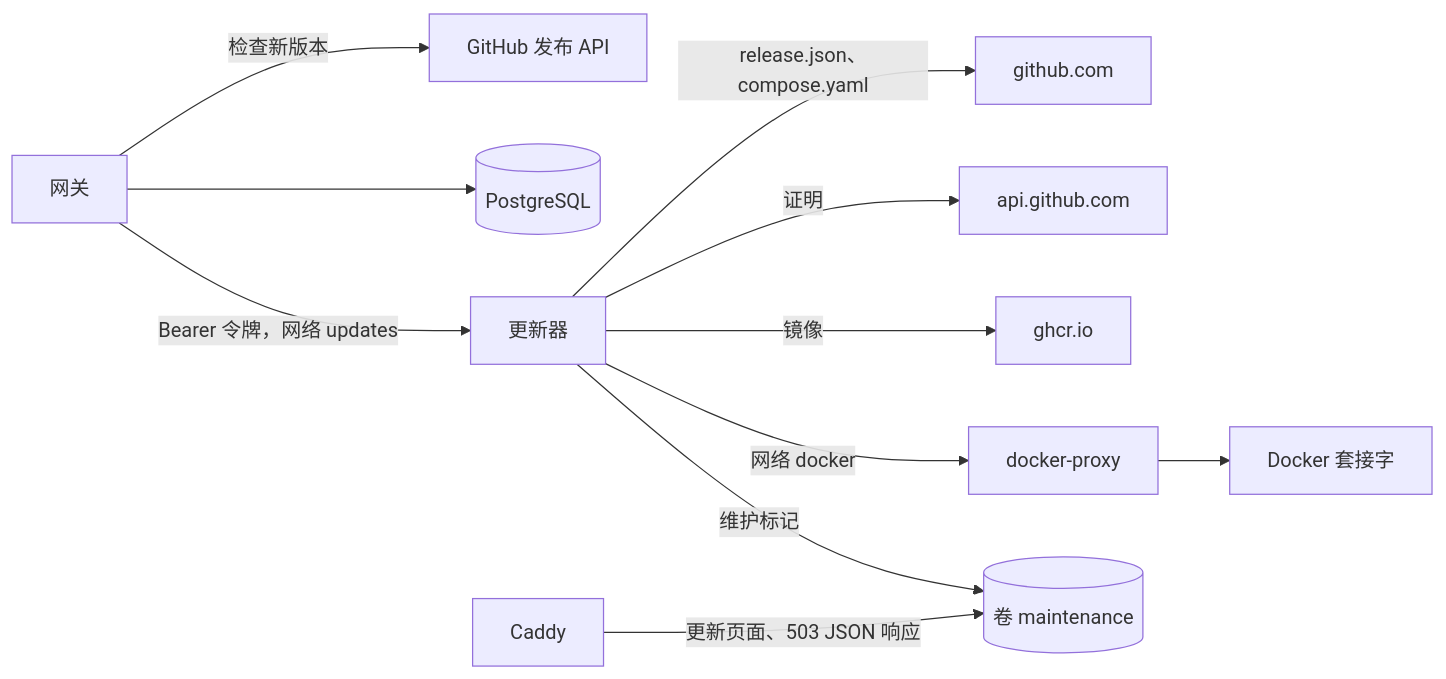
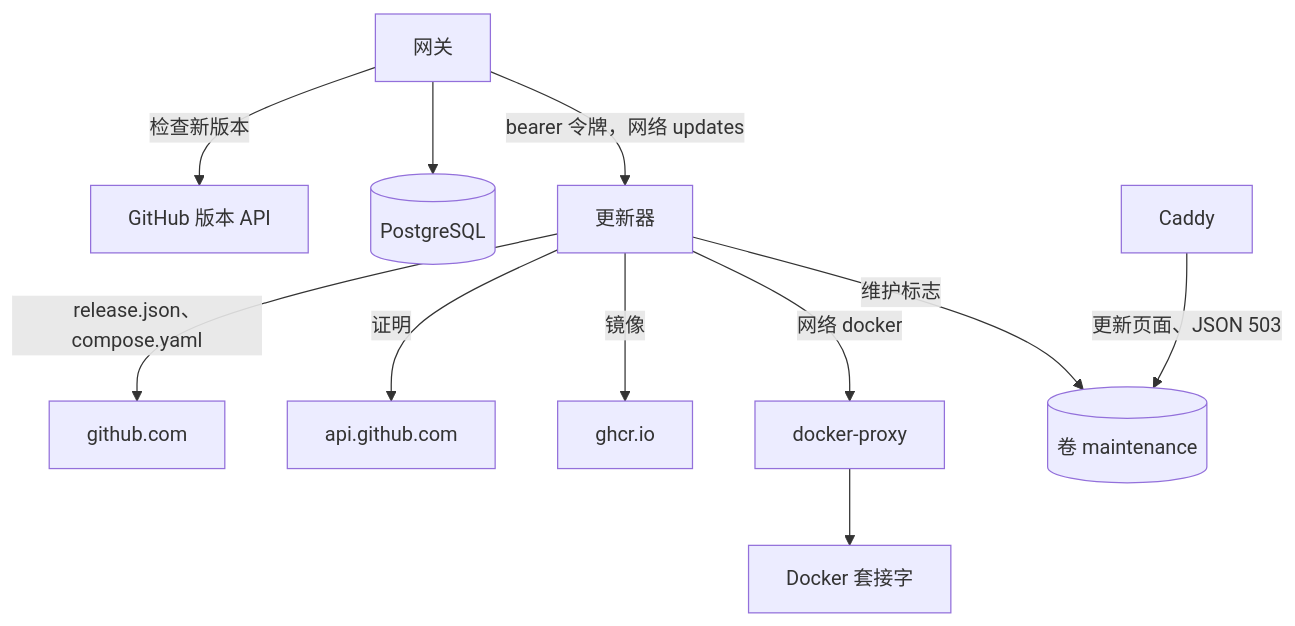
Before and after one commit to logicplanes/kaeso: the diagram in apps/docs/content/zh-CN/development/architecture/updates.md, drawn with Mermaid. The commit also changed other lines of this file and 28 other files, not shown here.

````diff
--- a/apps/docs/content/zh-CN/development/architecture/updates.md
+++ b/apps/docs/content/zh-CN/development/architecture/updates.md
@@ -7,15 +9,15 @@
 ```mermaid
-flowchart LR
-  accTitle: 安装如何得知新版本并更新
-  accDescr: 网关查询 GitHub 的发布 API，把状态保存在 PostgreSQL 中，并通过内部网络 updates 携带 Bearer 令牌请求更新器。更新器从 github.com 获取 release.json 和 compose.yaml，从 api.github.com 获取证明，从 ghcr.io 获取镜像，只通过内部网络 docker 上的 docker-proxy 访问 Docker，并写入维护标记，Caddy 据此提供更新页面和 503 JSON 响应。
-  gateway[网关] -- 检查新版本 --> releases[GitHub 发布 API]
+flowchart TD
+  accTitle: 实例如何得知新版本并完成更新
+  accDescr: 网关查询 GitHub 的版本 API，把状态保存在 PostgreSQL 中，并通过内部网络 updates 用 bearer 令牌请求更新器。更新器从 github.com 获取 release.json 和 compose.yaml，从 api.github.com 获取证明，从 ghcr.io 获取镜像，只通过内部网络 docker 上的 docker-proxy 访问 Docker，并写入维护标志，Caddy 读取该标志来提供更新页面和 JSON 503。
+  gateway[网关] -- 检查新版本 --> releases[GitHub 版本 API]
   gateway --> postgres[(PostgreSQL)]
-  gateway -- Bearer 令牌，网络 updates --> updater[更新器]
+  gateway -- bearer 令牌，网络 updates --> updater[更新器]
   updater -- release.json、compose.yaml --> github[github.com]
   updater -- 证明 --> api[api.github.com]
   updater -- 镜像 --> ghcr[ghcr.io]
   updater -- 网络 docker --> proxy[docker-proxy]
   proxy --> socket[Docker 套接字]
-  updater -- 维护标记 --> maintenance[(卷 maintenance)]
-  caddy[Caddy] -- 更新页面、503 JSON 响应 --> maintenance
+  updater -- 维护标志 --> maintenance[(卷 maintenance)]
+  caddy[Caddy] -- 更新页面、JSON 503 --> maintenance
 ```
````
